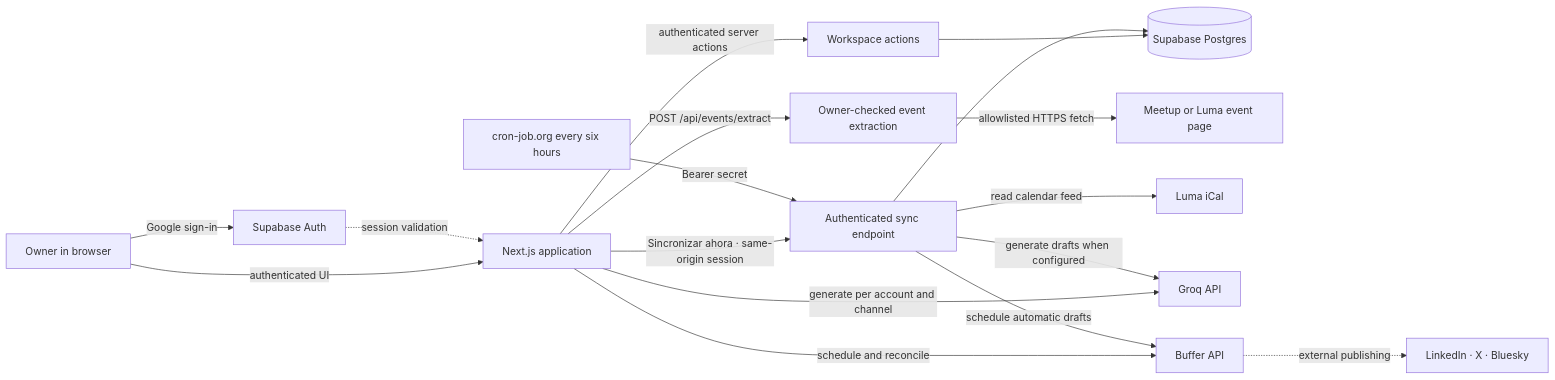
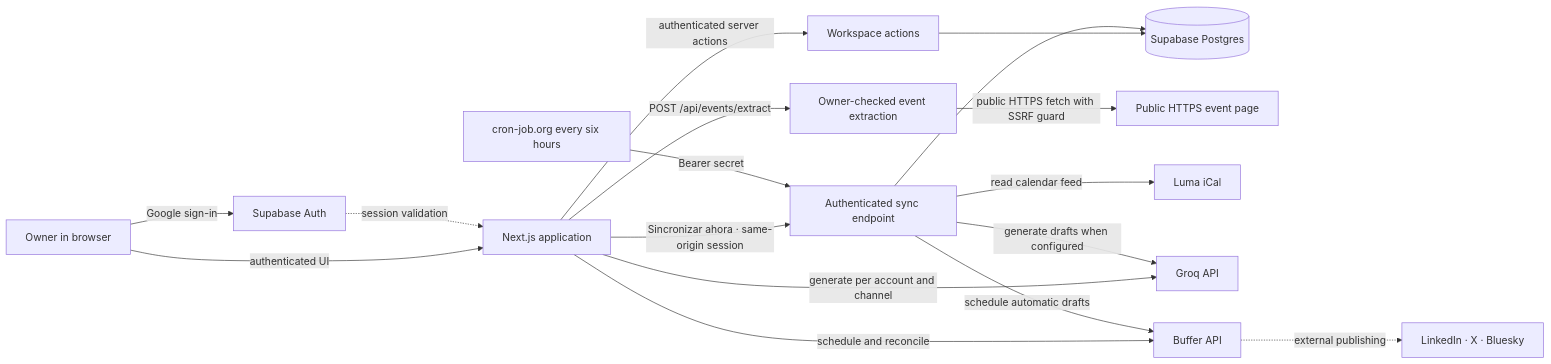
One commit to anyulled/findly changed the first of 2 diagrams in docs/architecture.md. Above: the diagram before and after it, drawn with Mermaid. The commit also changed other lines of this file and 4 other files, not shown here.

Commit message:
feat(extraction): allow any public HTTPS event URL with SSRF protection and heuristic parsing

````diff
--- a/docs/architecture.md
+++ b/docs/architecture.md
@@ -9,19 +9,19 @@
 ```mermaid
 flowchart LR
   owner[Owner in browser] -->|Google sign-in| auth[Supabase Auth]
   owner -->|authenticated UI| app[Next.js application]
   app -->|Sincronizar ahora · same-origin session| sync
   timer[cron-job.org every six hours] -->|Bearer secret| sync[Authenticated sync endpoint]
   app -->|authenticated server actions| actions[Workspace actions]
   app -->|POST /api/events/extract| extract[Owner-checked event extraction]
   actions --> db[(Supabase Postgres)]
-  extract -->|allowlisted HTTPS fetch| eventPages[Meetup or Luma event page]
+  extract -->|public HTTPS fetch with SSRF guard| eventPages[Public HTTPS event page]
   sync --> db
   sync -->|read calendar feed| luma[Luma iCal]
   app -->|generate per account and channel| groq[Groq API]
   sync -->|generate drafts when configured| groq
   app -->|schedule and reconcile| buffer[Buffer API]
   sync -->|schedule automatic drafts| buffer
   buffer -. external publishing .-> social[LinkedIn · X · Bluesky]
   auth -. session validation .-> app
 ```
````
